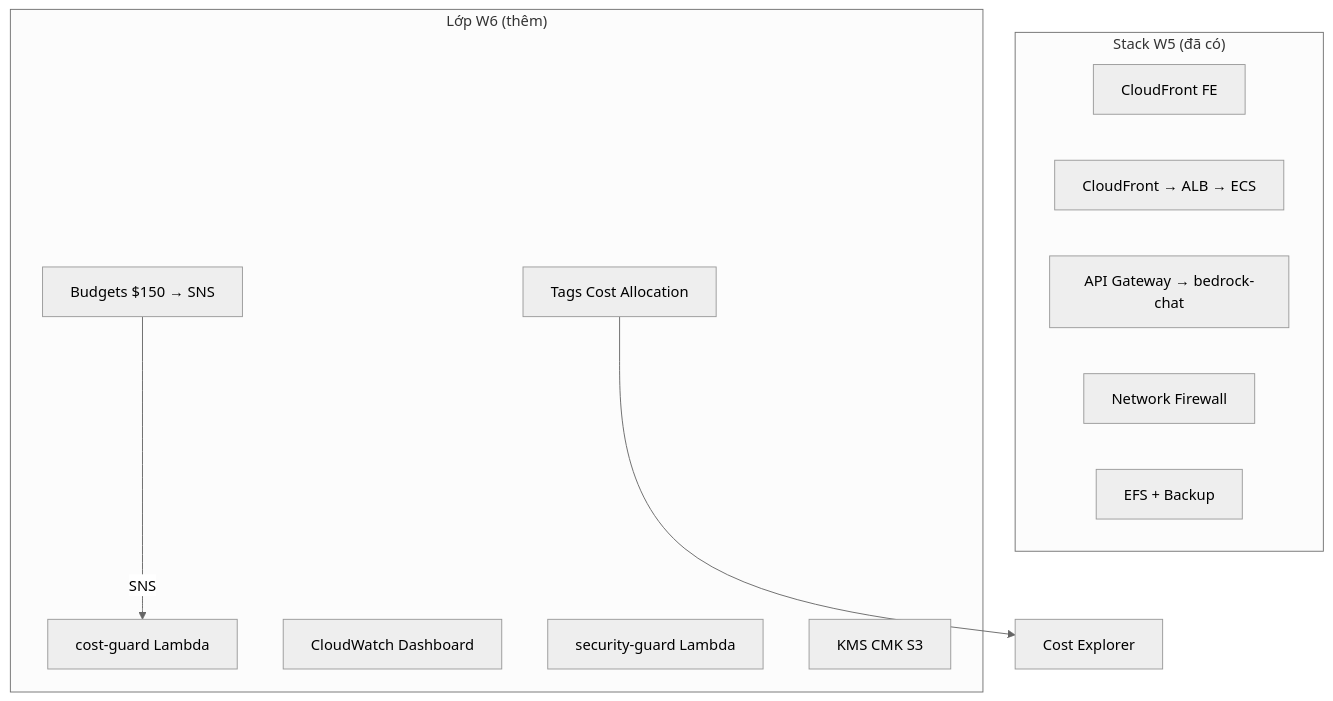
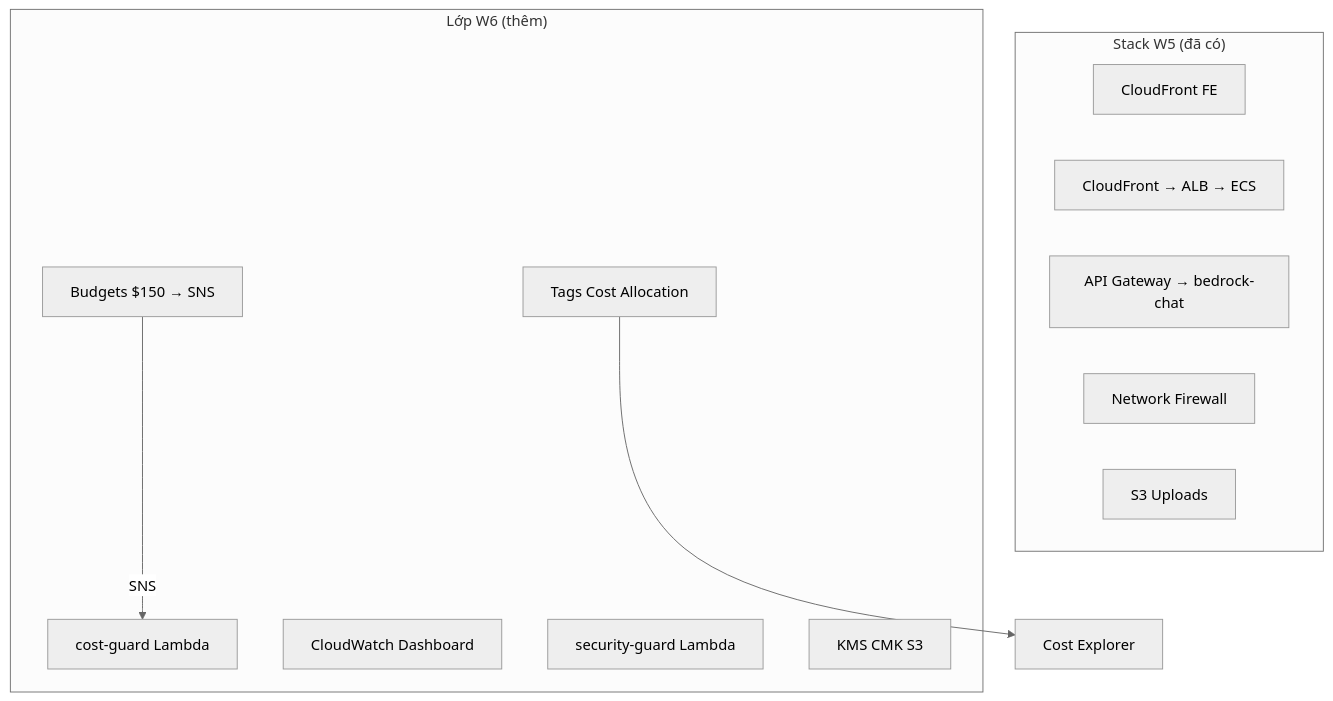
One commit to KickLabs/Kicks-Shoes changed the first of 2 diagrams in docs/guide/week6/w6_must_haves_mapping.md. Above: the diagram before and after it, drawn with Mermaid (neutral theme). The commit also changed other lines of this file and 11 other files, not shown here.

````diff
--- a/docs/guide/week6/w6_must_haves_mapping.md
+++ b/docs/guide/week6/w6_must_haves_mapping.md
@@ -40,20 +40,20 @@
 ```mermaid
 graph TB
     subgraph W5["Stack W5 (đã có)"]
         FE[CloudFront FE]
         BE[CloudFront → ALB → ECS]
         APIGW[API Gateway → bedrock-chat]
         FW[Network Firewall]
-        EFS[EFS + Backup]
+        S3UP[S3 Uploads]
     end
     subgraph W6["Lớp W6 (thêm)"]
         TAGS[Tags Cost Allocation]
         BUD[Budgets $150 → SNS]
         CG[cost-guard Lambda]
         DASH[CloudWatch Dashboard]
         SG[security-guard Lambda]
         KMS[KMS CMK S3]
     end
     BUD -->|SNS| CG
     TAGS --> CE[Cost Explorer]
 ```
````
